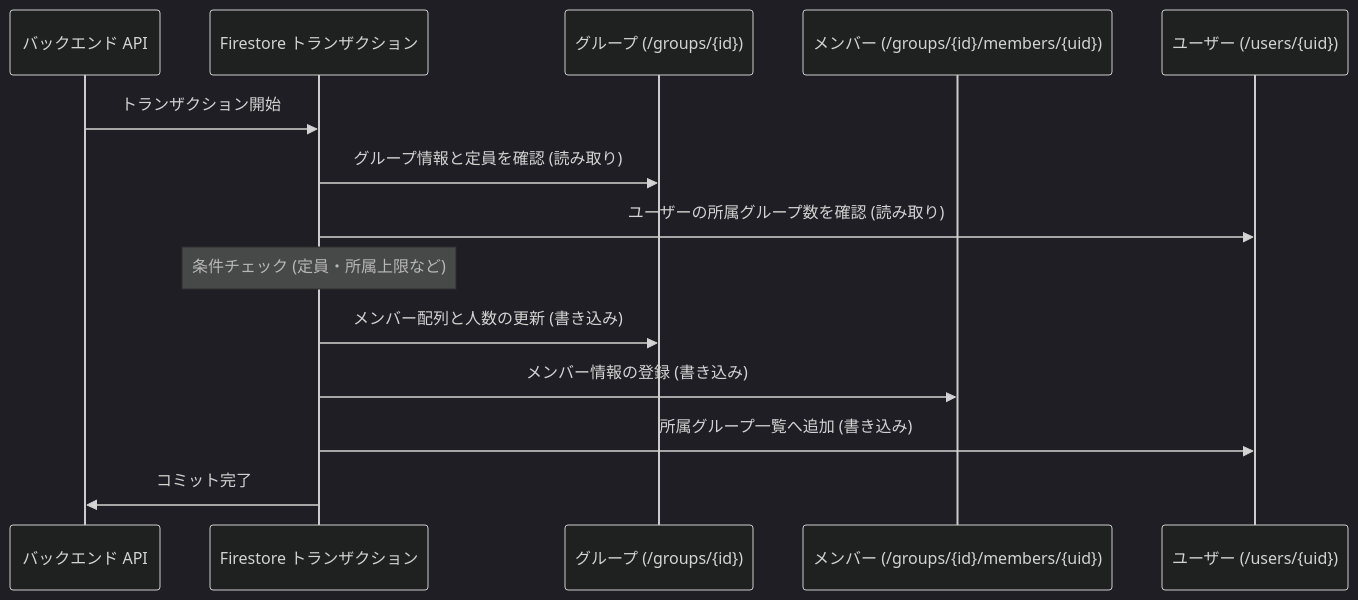
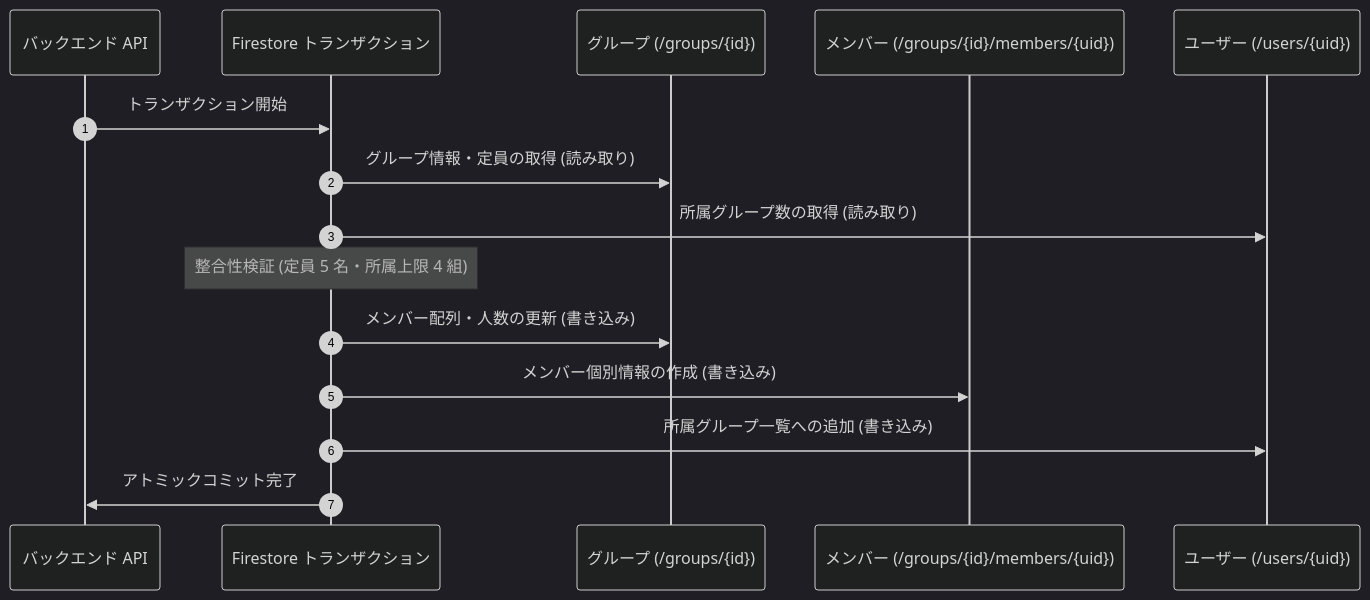
One commit to ScriptureHabit/scripture-habit changed the diagram in docs/ja/firestore-transactions-counters.md. Above: the diagram before and after it, drawn with Mermaid (dark theme). The commit also changed other lines of this file and 57 other files, not shown here.

Commit message:
docs: refine documentation prose and add structured diagram breakdowns across JA and EN

````diff
--- a/docs/ja/firestore-transactions-counters.md
+++ b/docs/ja/firestore-transactions-counters.md
@@ -39,17 +39,18 @@
 ```mermaid
 sequenceDiagram
+    autonumber
     participant API as バックエンド API
     participant Tx as Firestore トランザクション
     participant G as グループ (/groups/{id})
     participant M as メンバー (/groups/{id}/members/{uid})
     participant U as ユーザー (/users/{uid})
 
     API->>Tx: トランザクション開始
-    Tx->>G: グループ情報と定員を確認 (読み取り)
-    Tx->>U: ユーザーの所属グループ数を確認 (読み取り)
-    Note over Tx: 条件チェック (定員・所属上限など)
-    Tx->>G: メンバー配列と人数の更新 (書き込み)
-    Tx->>M: メンバー情報の登録 (書き込み)
-    Tx->>U: 所属グループ一覧へ追加 (書き込み)
-    Tx->>API: コミット完了
+    Tx->>G: グループ情報・定員の取得 (読み取り)
+    Tx->>U: 所属グループ数の取得 (読み取り)
+    Note over Tx: 整合性検証 (定員 5 名・所属上限 4 組)
+    Tx->>G: メンバー配列・人数の更新 (書き込み)
+    Tx->>M: メンバー個別情報の作成 (書き込み)
+    Tx->>U: 所属グループ一覧への追加 (書き込み)
+    Tx->>API: アトミックコミット完了
 ```
````
